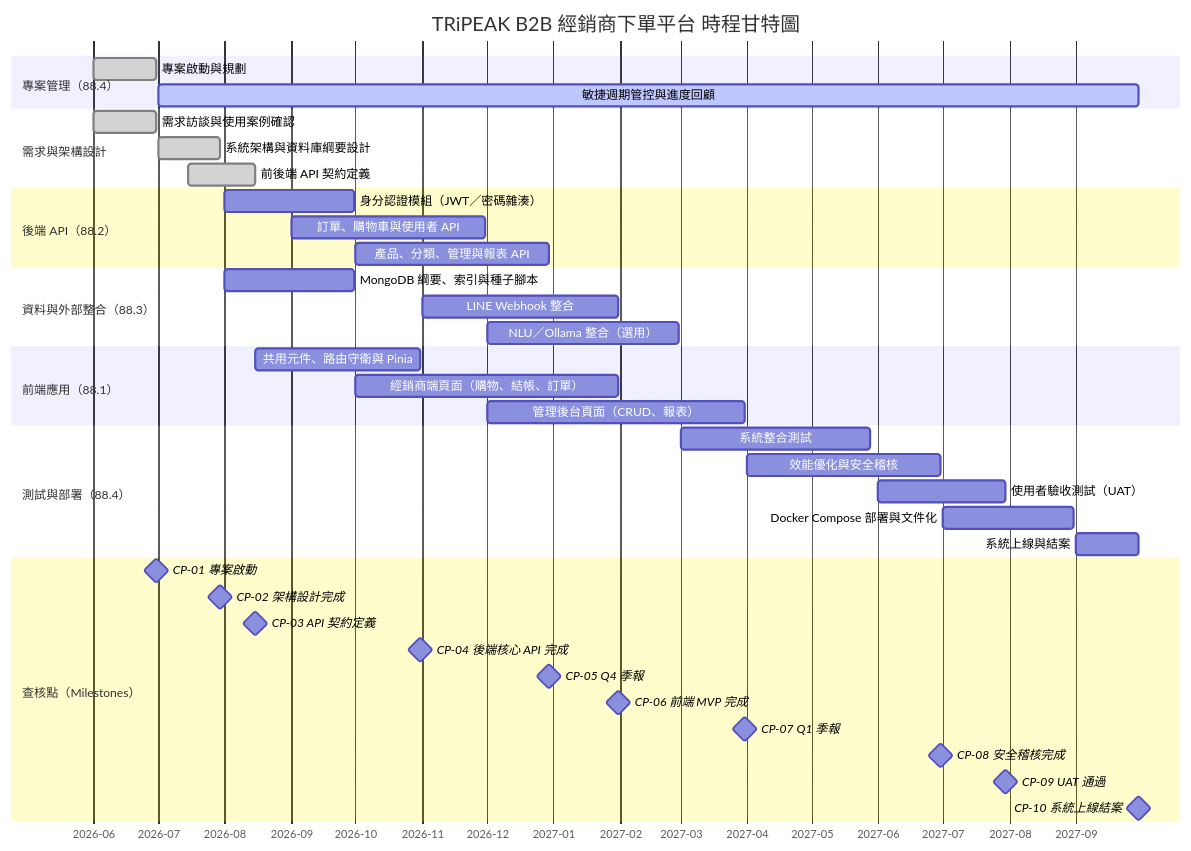
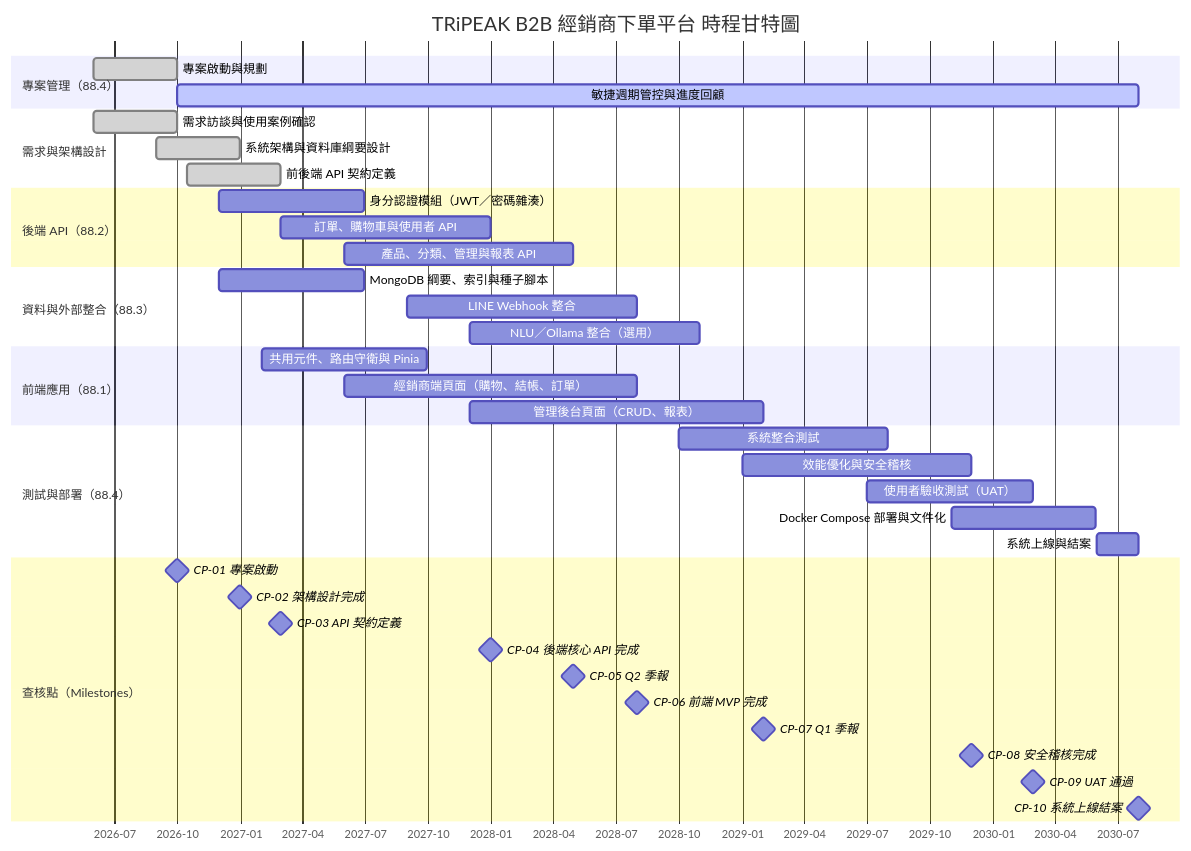
The second of 2 diagrams in report.md (leecheenbao/tripeak-b2b), drawn with Mermaid before and after one commit. The commit also changed other lines of this file, not shown here.

Commit message:
feat: 更新 TRiPEAK B2B 報告中的專案組織與角色職責部分 - 新增對外溝通管道與負責人員的詳細說明，增強專案溝通透明度 - 更新內部架構與角色職責表，明確各成員的主要任務與責任 - 調整甘特圖與查核點日期，確保與專案計劃一致

````diff
--- a/report.md
+++ b/report.md
@@ -198,49 +280,49 @@
 ```mermaid
 gantt
     title TRiPEAK B2B 經銷商下單平台 時程甘特圖
     dateFormat  YYYY-MM-DD
     axisFormat  %Y-%m
 
     section 專案管理（88.4）
-    專案啟動與規劃              :done,    pm1,  2026-06-01, 2026-06-30
-    敏捷週期管控與進度回顧        :active,  pm2,  2026-07-01, 2027-09-30
+    專案啟動與規劃              :done,    pm1,  2026-06-01, 2026-09-30
+    敏捷週期管控與進度回顧        :active,  pm2,  2026-10-01, 2030-08-01
 
     section 需求與架構設計
-    需求訪談與使用案例確認        :done,    req1, 2026-06-01, 2026-06-30
-    系統架構與資料庫綱要設計      :done,    des1, 2026-07-01, 2026-07-30
-    前後端 API 契約定義          :done,    des2, 2026-07-15, 2026-08-15
+    需求訪談與使用案例確認        :done,    req1, 2026-06-01, 2026-09-30
+    系統架構與資料庫綱要設計      :done,    des1, 2026-09-01, 2026-12-31
+    前後端 API 契約定義          :done,    des2, 2026-10-15, 2027-02-28
 
     section 後端 API（88.2）
-    身分認證模組（JWT／密碼雜湊）  :         be1,  2026-08-01, 2026-09-30
-    訂單、購物車與使用者 API      :         be2,  2026-09-01, 2026-11-30
-    產品、分類、管理與報表 API    :         be3,  2026-10-01, 2026-12-30
+    身分認證模組（JWT／密碼雜湊）  :         be1,  2026-12-01, 2027-06-30
+    訂單、購物車與使用者 API      :         be2,  2027-03-01, 2027-12-31
+    產品、分類、管理與報表 API    :         be3,  2027-06-01, 2028-04-30
 
     section 資料與外部整合（88.3）
-    MongoDB 綱要、索引與種子腳本  :         db1,  2026-08-01, 2026-09-30
-    LINE Webhook 整合            :         int1, 2026-11-01, 2027-01-31
-    NLU／Ollama 整合（選用）      :         int2, 2026-12-01, 2027-02-28
+    MongoDB 綱要、索引與種子腳本  :         db1,  2026-12-01, 2027-06-30
+    LINE Webhook 整合            :         int1, 2027-09-01, 2028-07-31
+    NLU／Ollama 整合（選用）      :         int2, 2027-12-01, 2028-10-31
 
     section 前端應用（88.1）
-    共用元件、路由守衛與 Pinia    :         fe1,  2026-08-15, 2026-10-31
-    經銷商端頁面（購物、結帳、訂單）:         fe2,  2026-10-01, 2027-01-31
-    管理後台頁面（CRUD、報表）    :         fe3,  2026-12-01, 2027-03-31
+    共用元件、路由守衛與 Pinia    :         fe1,  2027-02-01, 2027-09-30
+    經銷商端頁面（購物、結帳、訂單）:         fe2,  2027-06-01, 2028-07-31
+    管理後台頁面（CRUD、報表）    :         fe3,  2027-12-01, 2029-01-31
 
     section 測試與部署（88.4）
-    系統整合測試                 :         tst1, 2027-03-01, 2027-05-28
-    效能優化與安全稽核            :         tst2, 2027-04-01, 2027-06-30
-    使用者驗收測試（UAT）         :         tst3, 2027-06-01, 2027-07-30
-    Docker Compose 部署與文件化  :         dep1, 2027-07-01, 2027-08-31
-    系統上線與結案               :         dep2, 2027-09-01, 2027-09-30
+    系統整合測試                 :         tst1, 2028-10-01, 2029-07-31
+    效能優化與安全稽核            :         tst2, 2029-01-01, 2029-11-30
+    使用者驗收測試（UAT）         :         tst3, 2029-07-01, 2030-02-28
+    Docker Compose 部署與文件化  :         dep1, 2029-11-01, 2030-05-31
+    系統上線與結案               :         dep2, 2030-06-01, 2030-08-01
 
     section 查核點（Milestones）
-    CP-01 專案啟動              :milestone, cp01, 2026-06-30, 0d
-    CP-02 架構設計完成           :milestone, cp02, 2026-07-30, 0d
-    CP-03 API 契約定義           :milestone, cp03, 2026-08-15, 0d
-    CP-04 後端核心 API 完成      :milestone, cp04, 2026-10-31, 0d
-    CP-05 Q4 季報               :milestone, cp05, 2026-12-30, 0d
-    CP-06 前端 MVP 完成          :milestone, cp06, 2027-01-31, 0d
-    CP-07 Q1 季報               :milestone, cp07, 2027-03-31, 0d
-    CP-08 安全稽核完成           :milestone, cp08, 2027-06-30, 0d
-    CP-09 UAT 通過              :milestone, cp09, 2027-07-30, 0d
-    CP-10 系統上線結案           :milestone, cp10, 2027-09-30, 0d
+    CP-01 專案啟動              :milestone, cp01, 2026-09-30, 0d
+    CP-02 架構設計完成           :milestone, cp02, 2026-12-31, 0d
+    CP-03 API 契約定義           :milestone, cp03, 2027-02-28, 0d
+    CP-04 後端核心 API 完成      :milestone, cp04, 2027-12-31, 0d
+    CP-05 Q2 季報               :milestone, cp05, 2028-04-30, 0d
+    CP-06 前端 MVP 完成          :milestone, cp06, 2028-07-31, 0d
+    CP-07 Q1 季報               :milestone, cp07, 2029-01-31, 0d
+    CP-08 安全稽核完成           :milestone, cp08, 2029-11-30, 0d
+    CP-09 UAT 通過              :milestone, cp09, 2030-02-28, 0d
+    CP-10 系統上線結案           :milestone, cp10, 2030-08-01, 0d
 ```
````
